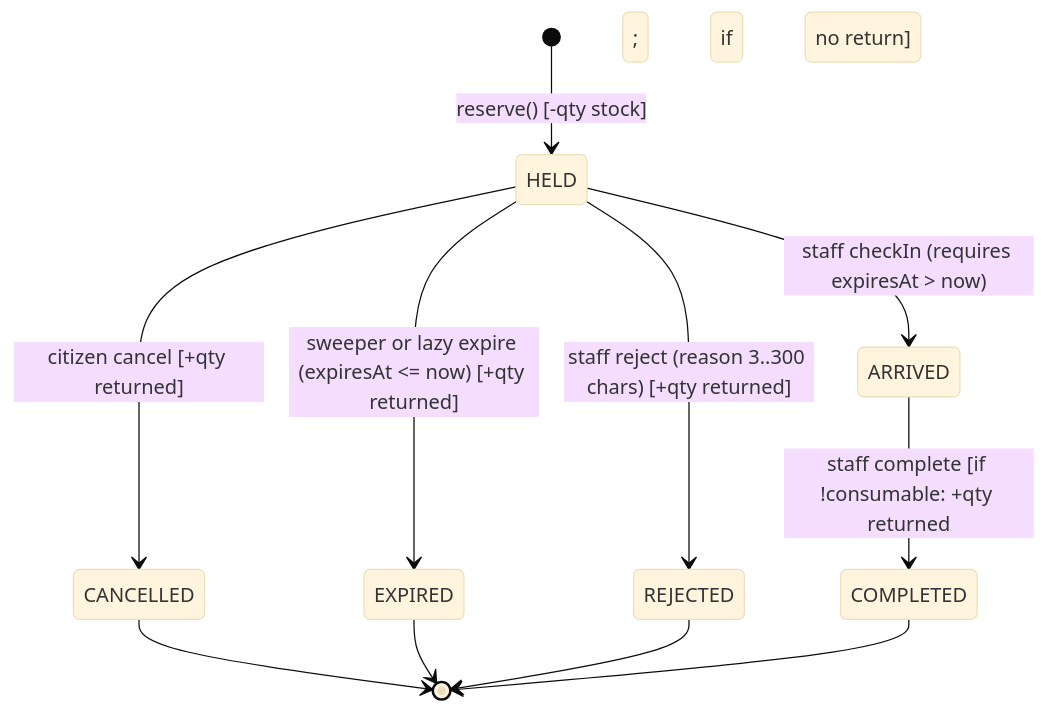
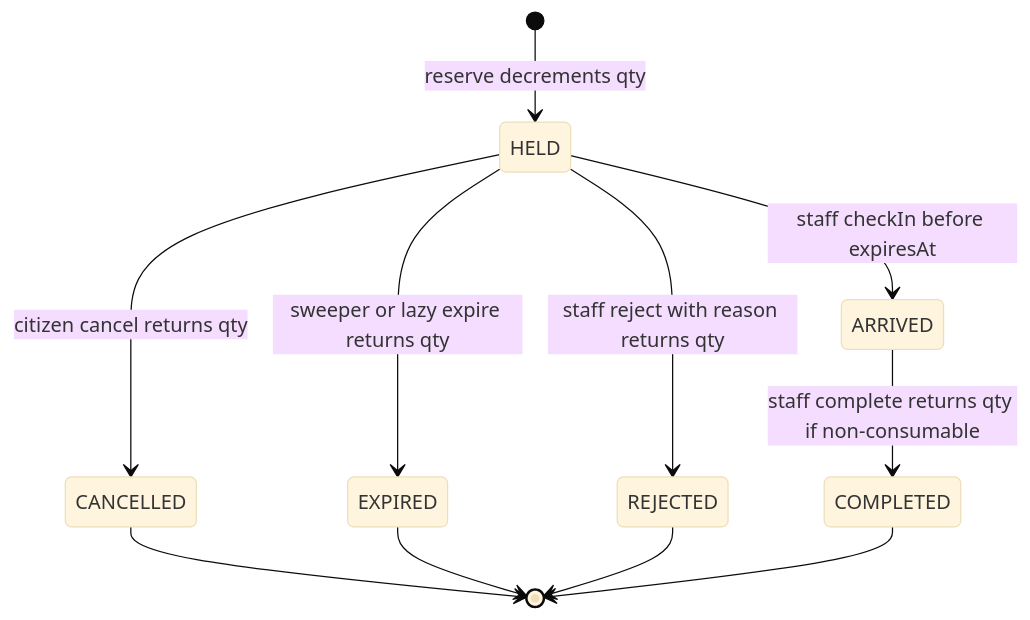
Before and after one commit to irfanulhoquetaseen/Rokkha: the third of 4 diagrams in docs/ARCHITECTURE.md, drawn with Mermaid (base theme). The commit also changed other lines of this file and 2 other files, not shown here.

Commit message:
docs: align rubric map with rulebook, update snakebite stat, and clean Mermaid labels

````diff
--- a/docs/ARCHITECTURE.md
+++ b/docs/ARCHITECTURE.md
@@ -103,13 +103,13 @@
 ```mermaid
 stateDiagram-v2
-  [*] --> HELD : reserve() [-qty stock]
-  HELD --> ARRIVED : staff checkIn (requires expiresAt > now)
-  HELD --> CANCELLED : citizen cancel [+qty returned]
-  HELD --> EXPIRED : sweeper or lazy expire (expiresAt <= now) [+qty returned]
-  HELD --> REJECTED : staff reject (reason 3..300 chars) [+qty returned]
-  ARRIVED --> COMPLETED : staff complete [if !consumable: +qty returned; if consumable: no return]
+  [*] --> HELD : reserve decrements qty
+  HELD --> ARRIVED : staff checkIn before expiresAt
+  HELD --> CANCELLED : citizen cancel returns qty
+  HELD --> EXPIRED : sweeper or lazy expire returns qty
+  HELD --> REJECTED : staff reject with reason returns qty
+  ARRIVED --> COMPLETED : staff complete returns qty if non-consumable
   CANCELLED --> [*]
   EXPIRED --> [*]
   REJECTED --> [*]
   COMPLETED --> [*]
 ```
````
